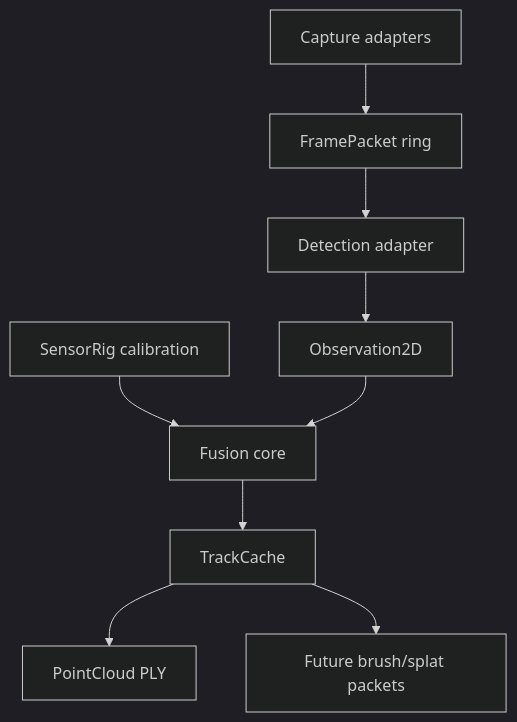
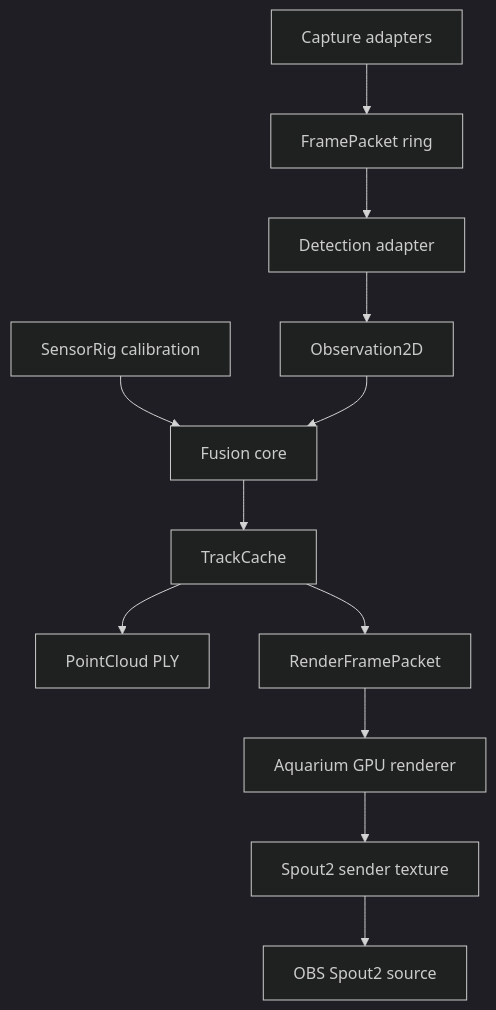
Before and after one commit to GameCult/Mimir: the diagram in docs/sensor-fusion-architecture.md, drawn with Mermaid (dark theme). The commit also changed other lines of this file and 12 other files, not shown here.

Commit message:
Add OBS Spout render packet bridge

````diff
--- a/docs/sensor-fusion-architecture.md
+++ b/docs/sensor-fusion-architecture.md
@@ -30,11 +30,14 @@
 ```mermaid
 flowchart TD
     A["Capture adapters"] --> B["FramePacket ring"]
     B --> C["Detection adapter"]
     C --> D["Observation2D"]
     E["SensorRig calibration"] --> F["Fusion core"]
     D --> F
     F --> G["TrackCache"]
     G --> H["PointCloud PLY"]
-    G --> I["Future brush/splat packets"]
+    G --> I["RenderFramePacket"]
+    I --> J["Aquarium GPU renderer"]
+    J --> K["Spout2 sender texture"]
+    K --> L["OBS Spout2 source"]
 ```
````
